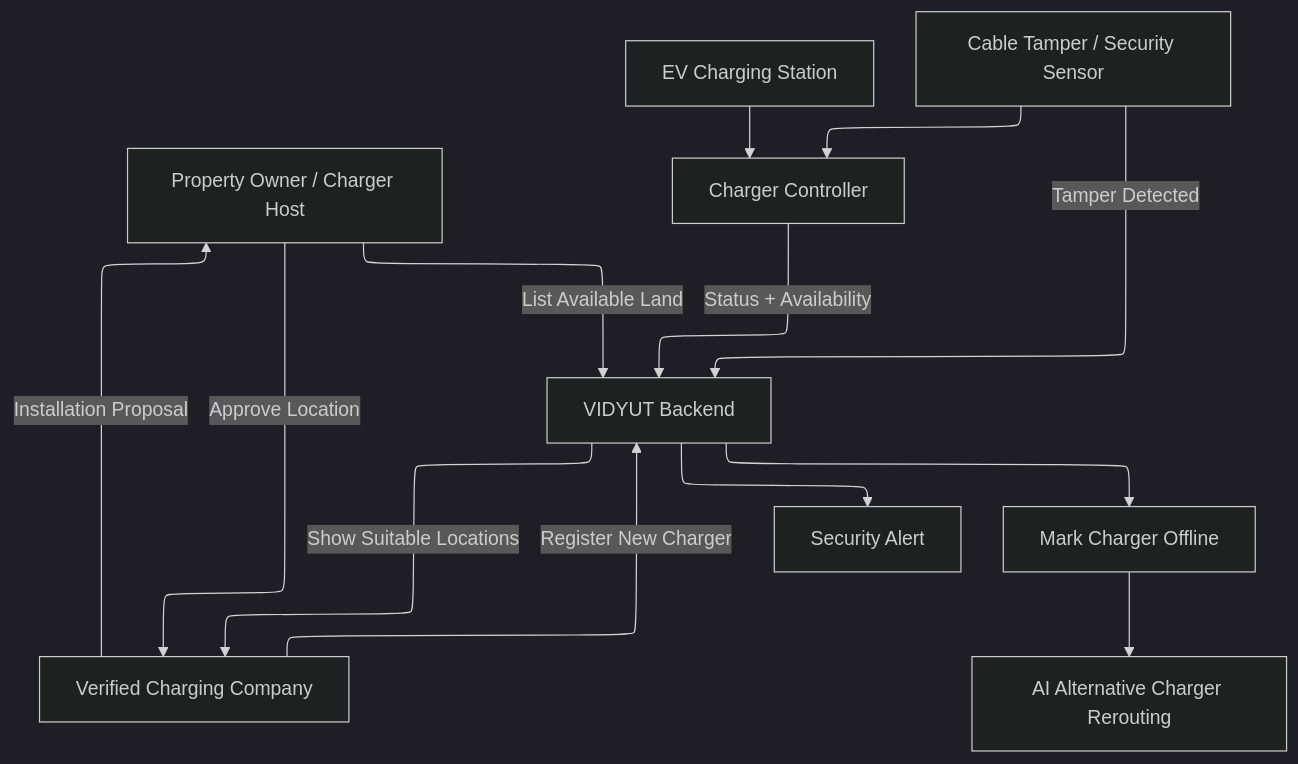
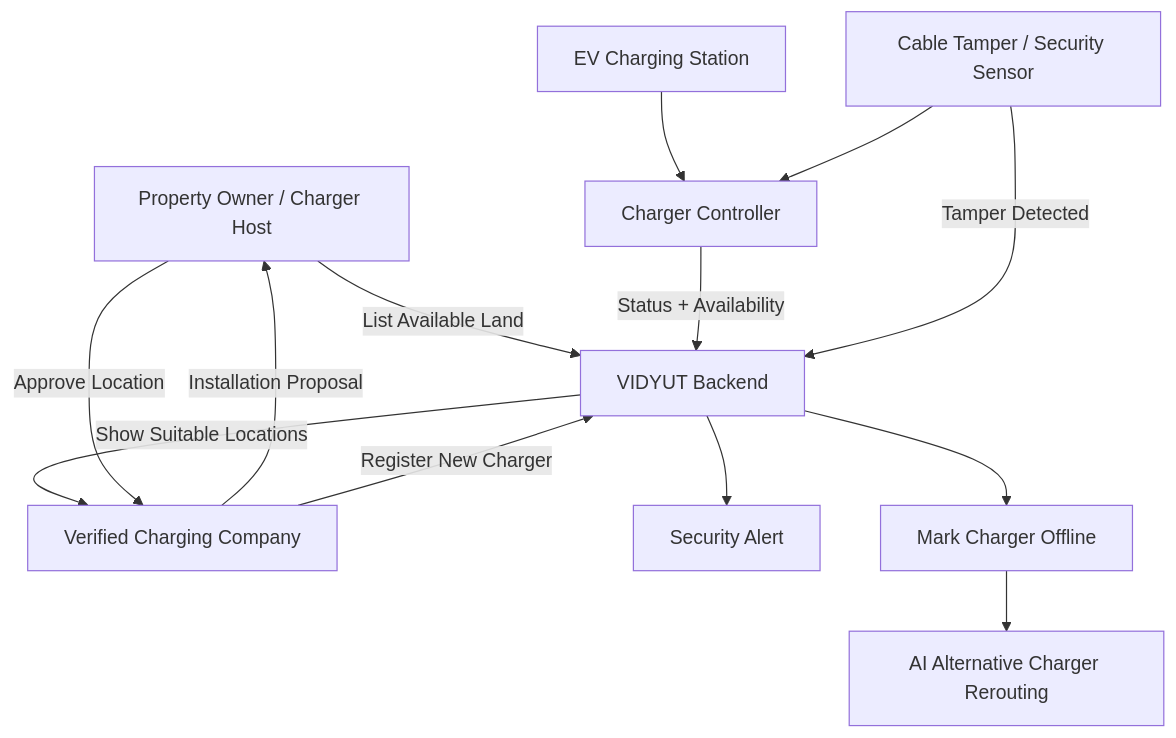
The third of 8 diagrams in README.md (cs1m2414238/vidyutEV-1.0), drawn with Mermaid before and after one commit. The commit also changed other lines of this file and 1 other file, not shown here.

Commit message:
added graphs

````diff
--- a/README.md
+++ b/README.md
@@ -92,19 +140,14 @@
 ```mermaid
----
-config:
-  layout: elk
-  theme: dark
----
 flowchart TB
     HOST["Property Owner / Charger Host"] -- List Available Land --> BACKEND["VIDYUT Backend"]
     BACKEND -- Show Suitable Locations --> COMPANY["Verified Charging Company"]
     COMPANY -- Installation Proposal --> HOST
     HOST -- Approve Location --> COMPANY
     COMPANY -- Register New Charger --> BACKEND
     STATION["EV Charging Station"] --> CONTROLLER["Charger Controller"]
     SENSOR["Cable Tamper / Security Sensor"] --> CONTROLLER
     CONTROLLER -- Status + Availability --> BACKEND
     SENSOR -- Tamper Detected --> BACKEND
     BACKEND --> ALERT["Security Alert"] & OFFLINE["Mark Charger Offline"]
     OFFLINE --> REROUTE["AI Alternative Charger Rerouting"]
 ```
````
